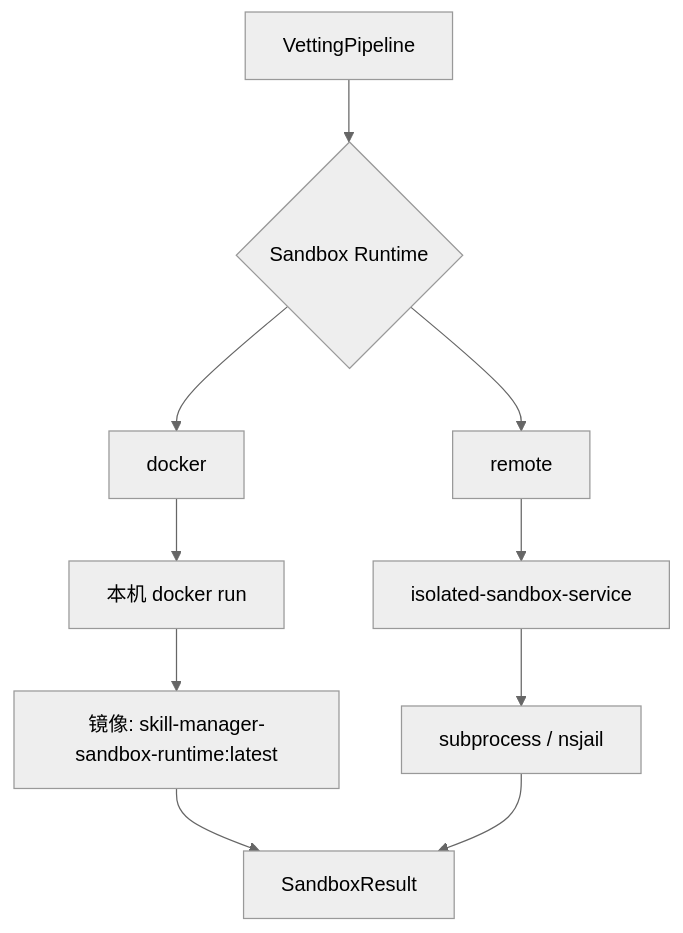
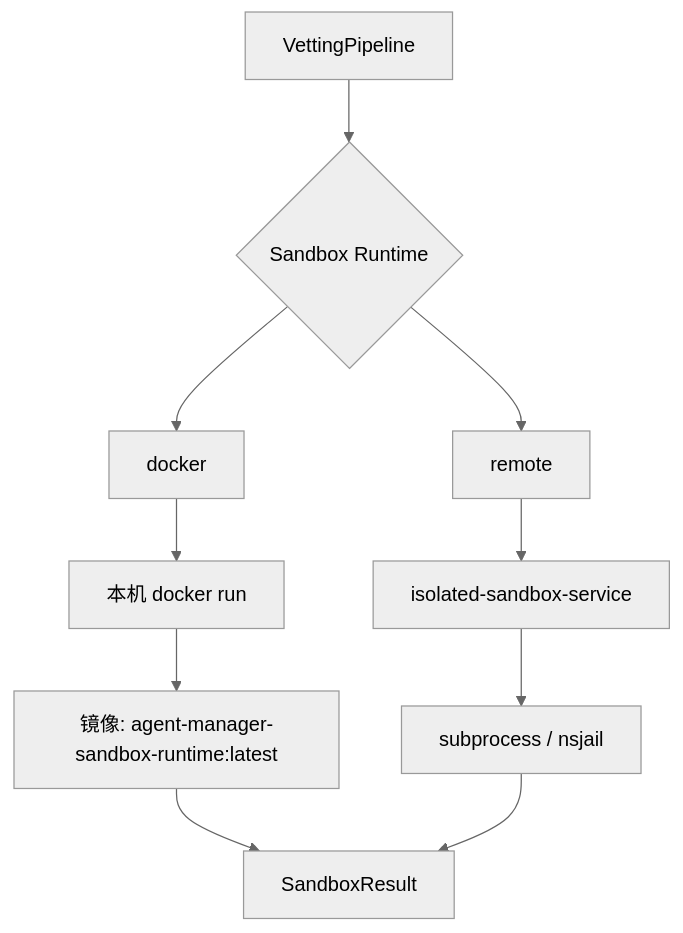
The fourth of 5 diagrams in docs/project-guide.md (HuangLuGuang/skill-manager), drawn with Mermaid (neutral theme) before and after one commit. The commit also changed other lines of this file and 141 other files, not shown here.

First line of the commit message:
refactor: 重命名项目为 Agent Manager，更新前端文案和交互

````diff
--- a/docs/project-guide.md
+++ b/docs/project-guide.md
@@ -448,15 +448,15 @@
 ```mermaid
 flowchart TB
     A["VettingPipeline"] --> B{"Sandbox Runtime"}
     B --> C1["docker"]
     B --> C2["remote"]
 
     C1 --> D1["本机 docker run"]
-    D1 --> E1["镜像: skill-manager-sandbox-runtime:latest"]
+    D1 --> E1["镜像: agent-manager-sandbox-runtime:latest"]
 
     C2 --> D2["isolated-sandbox-service"]
     D2 --> E2["subprocess / nsjail"]
 
     E1 --> F["SandboxResult"]
     E2 --> F
 ```
````
